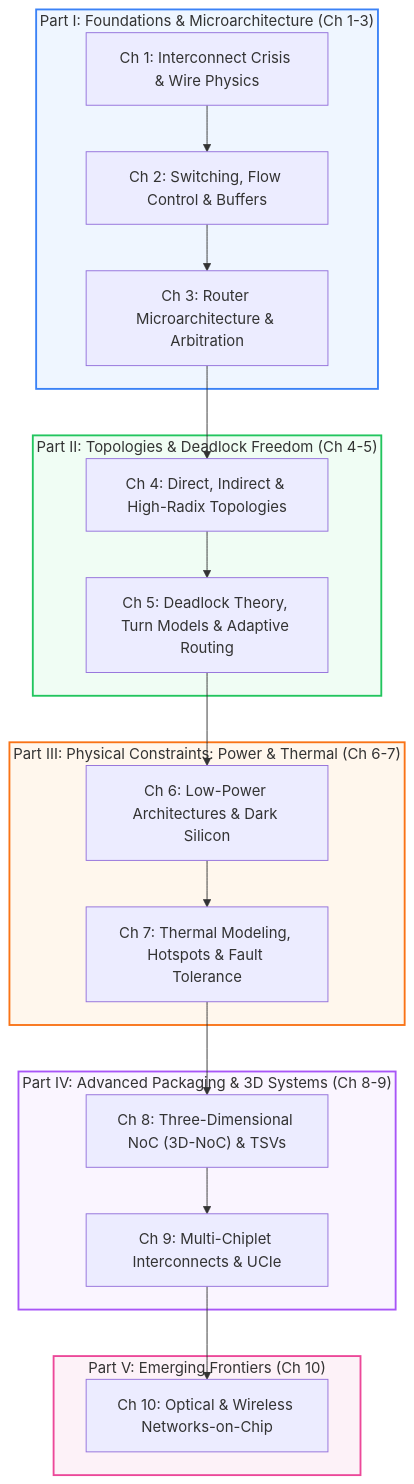
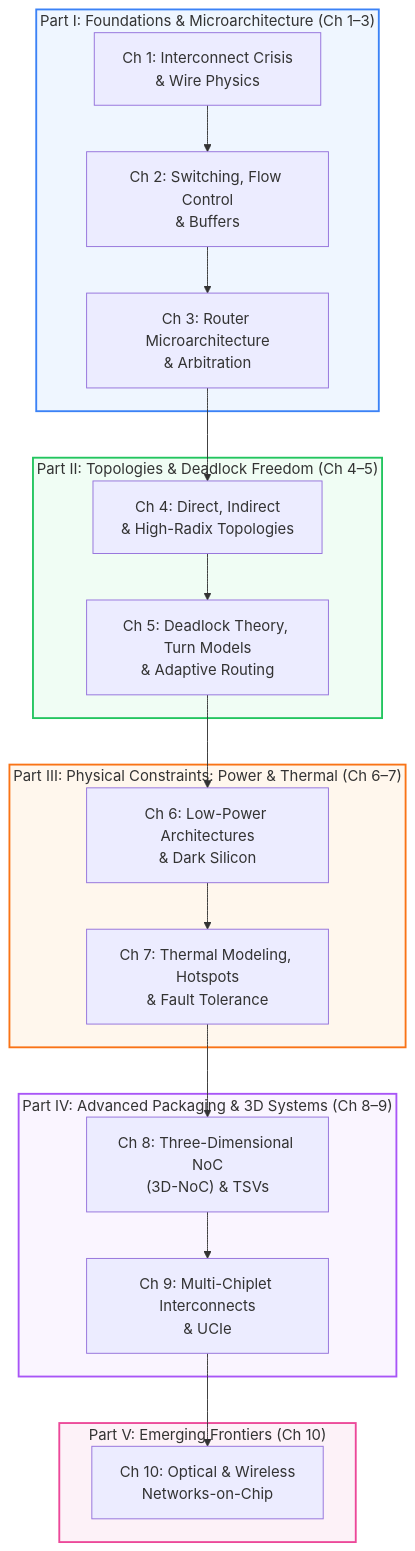
One commit to network-on-chip/learning changed the diagram in docs/textbook/index.md. Above: the diagram before and after it, drawn with Mermaid. The commit also changed 15 other files, not shown here.

Commit message:
docs: clean repository paths and wrap Mermaid flowchart node labels

````diff
--- a/docs/textbook/index.md
+++ b/docs/textbook/index.md
@@ -111,32 +111,32 @@
 ```mermaid
 graph TD
-  subgraph Part1 ["Part I: Foundations & Microarchitecture (Ch 1-3)"]
-    Ch1["Ch 1: Interconnect Crisis & Wire Physics"] --> Ch2["Ch 2: Switching, Flow Control & Buffers"]
-    Ch2 --> Ch3["Ch 3: Router Microarchitecture & Arbitration"]
+  subgraph Part1 ["Part I: Foundations & Microarchitecture (Ch 1–3)"]
+    Ch1["Ch 1: Interconnect Crisis<br/>& Wire Physics"] --> Ch2["Ch 2: Switching, Flow Control<br/>& Buffers"]
+    Ch2 --> Ch3["Ch 3: Router Microarchitecture<br/>& Arbitration"]
   end
 
-  subgraph Part2 ["Part II: Topologies & Deadlock Freedom (Ch 4-5)"]
-    Ch3 --> Ch4["Ch 4: Direct, Indirect & High-Radix Topologies"]
-    Ch4 --> Ch5["Ch 5: Deadlock Theory, Turn Models & Adaptive Routing"]
+  subgraph Part2 ["Part II: Topologies & Deadlock Freedom (Ch 4–5)"]
+    Ch3 --> Ch4["Ch 4: Direct, Indirect<br/>& High-Radix Topologies"]
+    Ch4 --> Ch5["Ch 5: Deadlock Theory, Turn Models<br/>& Adaptive Routing"]
   end
 
-  subgraph Part3 ["Part III: Physical Constraints: Power & Thermal (Ch 6-7)"]
-    Ch5 --> Ch6["Ch 6: Low-Power Architectures & Dark Silicon"]
-    Ch6 --> Ch7["Ch 7: Thermal Modeling, Hotspots & Fault Tolerance"]
+  subgraph Part3 ["Part III: Physical Constraints: Power & Thermal (Ch 6–7)"]
+    Ch5 --> Ch6["Ch 6: Low-Power Architectures<br/>& Dark Silicon"]
+    Ch6 --> Ch7["Ch 7: Thermal Modeling, Hotspots<br/>& Fault Tolerance"]
   end
 
-  subgraph Part4 ["Part IV: Advanced Packaging & 3D Systems (Ch 8-9)"]
-    Ch7 --> Ch8["Ch 8: Three-Dimensional NoC (3D-NoC) & TSVs"]
-    Ch8 --> Ch9["Ch 9: Multi-Chiplet Interconnects & UCIe"]
+  subgraph Part4 ["Part IV: Advanced Packaging & 3D Systems (Ch 8–9)"]
+    Ch7 --> Ch8["Ch 8: Three-Dimensional NoC<br/>(3D-NoC) & TSVs"]
+    Ch8 --> Ch9["Ch 9: Multi-Chiplet Interconnects<br/>& UCIe"]
   end
 
   subgraph Part5 ["Part V: Emerging Frontiers (Ch 10)"]
-    Ch9 --> Ch10["Ch 10: Optical & Wireless Networks-on-Chip"]
+    Ch9 --> Ch10["Ch 10: Optical & Wireless<br/>Networks-on-Chip"]
   end
 
   style Part1 fill:#eff6ff,stroke:#3b82f6,stroke-width:2px;
   style Part2 fill:#f0fdf4,stroke:#22c55e,stroke-width:2px;
   style Part3 fill:#fff7ed,stroke:#f97316,stroke-width:2px;
   style Part4 fill:#faf5ff,stroke:#a855f7,stroke-width:2px;
   style Part5 fill:#fdf2f8,stroke:#ec4899,stroke-width:2px;
 ```
````
